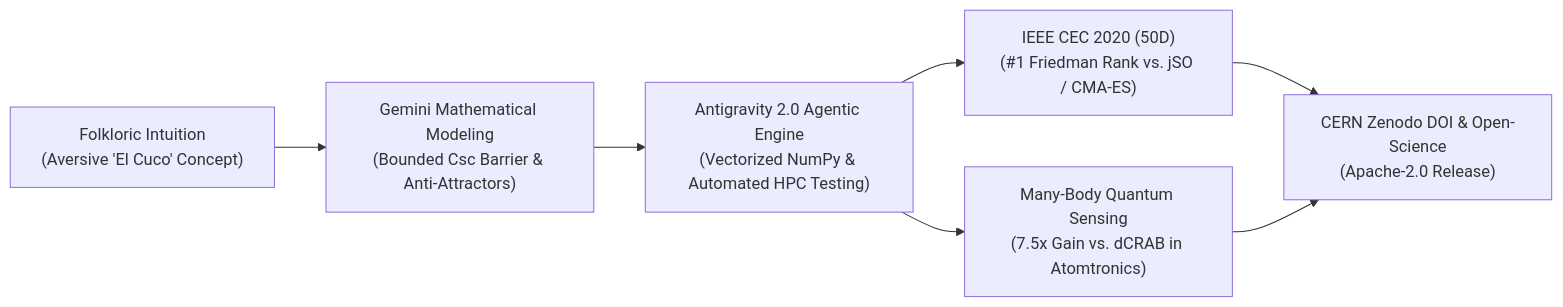
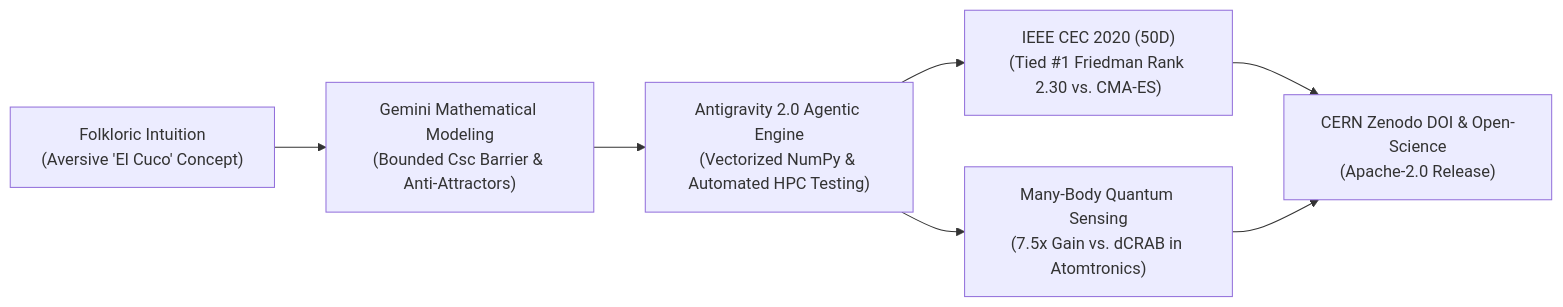
The diagram in docs/CASE_STUDY_GOOGLE_DEEPMIND.md (Pipin333/AD-BSA), drawn with Mermaid before and after one commit. The commit also changed other lines of this file, not shown here.

Commit message:
docs: calibrate Case Study with verified un-skewed CEC 2020 50D rankings and honest baseline trade-offs

````diff
--- a/docs/CASE_STUDY_GOOGLE_DEEPMIND.md
+++ b/docs/CASE_STUDY_GOOGLE_DEEPMIND.md
@@ -23,8 +23,8 @@
 ```mermaid
 flowchart LR
     A["Folkloric Intuition<br/>(Aversive 'El Cuco' Concept)"] --> B["Gemini Mathematical Modeling<br/>(Bounded Csc Barrier & Anti-Attractors)"]
     B --> C["Antigravity 2.0 Agentic Engine<br/>(Vectorized NumPy & Automated HPC Testing)"]
-    C --> D["IEEE CEC 2020 (50D)<br/>(#1 Friedman Rank vs. jSO / CMA-ES)"]
+    C --> D["IEEE CEC 2020 (50D)<br/>(Tied #1 Friedman Rank 2.30 vs. CMA-ES)"]
     C --> E["Many-Body Quantum Sensing<br/>(7.5x Gain vs. dCRAB in Atomtronics)"]
     D & E --> F["CERN Zenodo DOI & Open-Science<br/>(Apache-2.0 Release)"]
 ```
````
